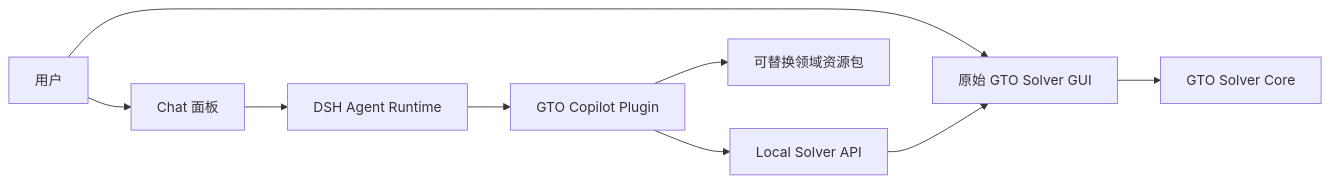
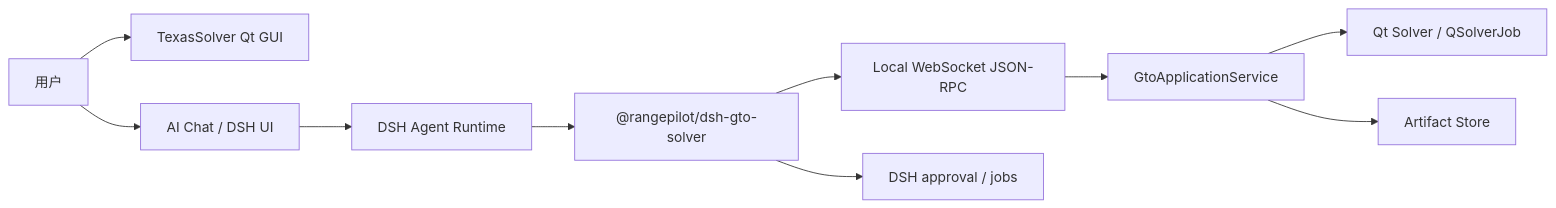
The diagram in README.md (maces622/RangePilot), drawn with Mermaid before and after one commit. The commit also changed other lines of this file and 13 other files, not shown here.

````diff
--- a/README.md
+++ b/README.md
@@ -82,11 +129,12 @@
 ```mermaid
 flowchart LR
-    U["用户"] --> GUI["原始 GTO Solver GUI"]
-    U --> CHAT["Chat 面板"]
+    U["用户"] --> GUI["TexasSolver Qt GUI"]
+    U --> CHAT["AI Chat / DSH UI"]
     CHAT --> DSH["DSH Agent Runtime"]
-    DSH --> PLUGIN["GTO Copilot Plugin"]
-    PLUGIN --> API["Local Solver API"]
-    API --> GUI
-    GUI --> CORE["GTO Solver Core"]
-    PLUGIN --> PACKS["可替换领域资源包"]
+    DSH --> PLUGIN["@rangepilot/dsh-gto-solver"]
+    PLUGIN --> API["Local WebSocket JSON-RPC"]
+    API --> SERVICE["GtoApplicationService"]
+    SERVICE --> SOLVER["Qt Solver / QSolverJob"]
+    SERVICE --> ARTIFACT["Artifact Store"]
+    PLUGIN --> APPROVAL["DSH approval / jobs"]
 ```
````
